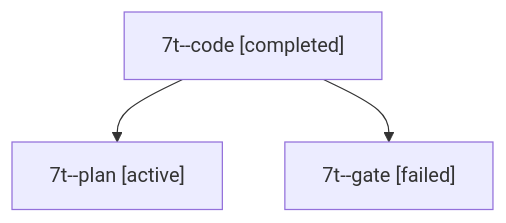
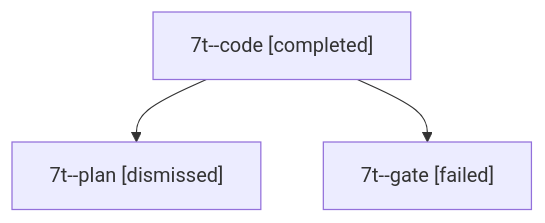
One commit to sase-org/sase--agents changed the diagram in sessions/bbugyi200.apollo.7t.md. Above: the diagram before and after it, drawn with Mermaid. The commit also changed other lines of this file and 15 other files, not shown here.

````diff
--- a/sessions/bbugyi200.apollo.7t.md
+++ b/sessions/bbugyi200.apollo.7t.md
@@ -9,8 +9,8 @@
 ```mermaid
 flowchart TD
   n0["7t--code [completed]"]
-  n1["7t--plan [active]"]
+  n1["7t--plan [dismissed]"]
   n0 --> n1
   n2["7t--gate [failed]"]
   n0 --> n2
 ```
````
